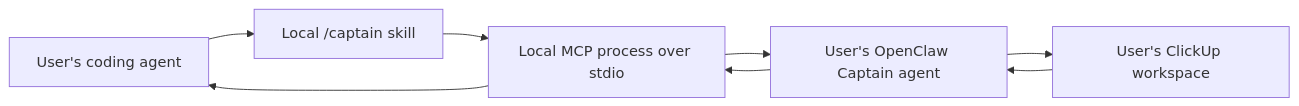
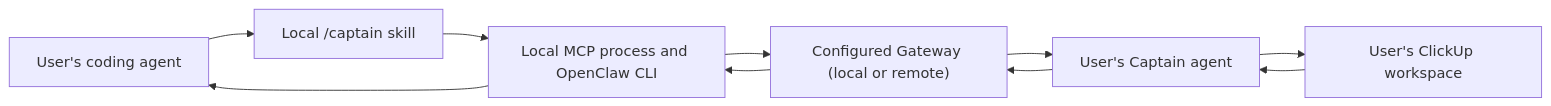
The diagram in docs/superpowers/specs/2026-08-17-captain-agent-plugin-design.md (Common-Vector-Robotics/captain), drawn with Mermaid before and after one commit. The commit also changed other lines of this file and 8 other files, not shown here.

Commit message:
docs: clarify local and remote Gateway support

````diff
--- a/docs/superpowers/specs/2026-08-17-captain-agent-plugin-design.md
+++ b/docs/superpowers/specs/2026-08-17-captain-agent-plugin-design.md
@@ -32,10 +32,12 @@
 ```mermaid
 flowchart LR
     A["User's coding agent"] --> B["Local /captain skill"]
-    B --> C["Local MCP process over stdio"]
-    C --> D["User's OpenClaw Captain agent"]
-    D --> E["User's ClickUp workspace"]
+    B --> C["Local MCP process and OpenClaw CLI"]
+    C --> D["Configured Gateway (local or remote)"]
+    D --> E["User's Captain agent"]
+    E --> F["User's ClickUp workspace"]
+    F --> E
     E --> D
     D --> C
     C --> A
 ```
````
